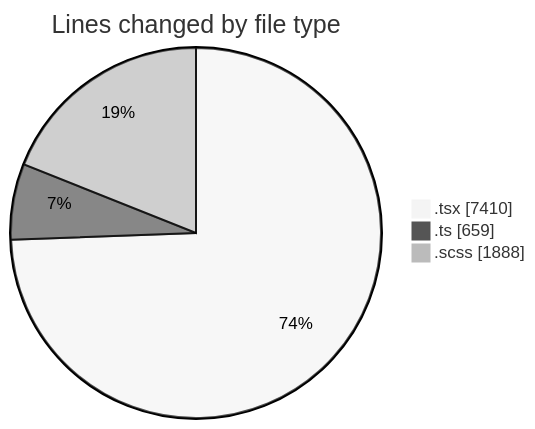
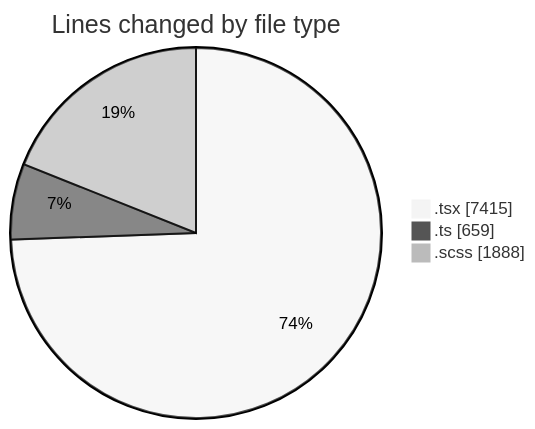
Before and after one commit to momahboobian/code-tracking: the first of 2 diagrams in 2025-07-08/cda/README.md, drawn with Mermaid (neutral theme). The commit also changed other lines of this file and 1 other file, not shown here.

````diff
--- a/2025-07-08/cda/README.md
+++ b/2025-07-08/cda/README.md
@@ -51,7 +51,7 @@
 ```mermaid
 pie showData
 title Lines changed by file type
-".tsx" : 7410
+".tsx" : 7415
 ".ts" : 659
 ".scss" : 1888
 ```
````
